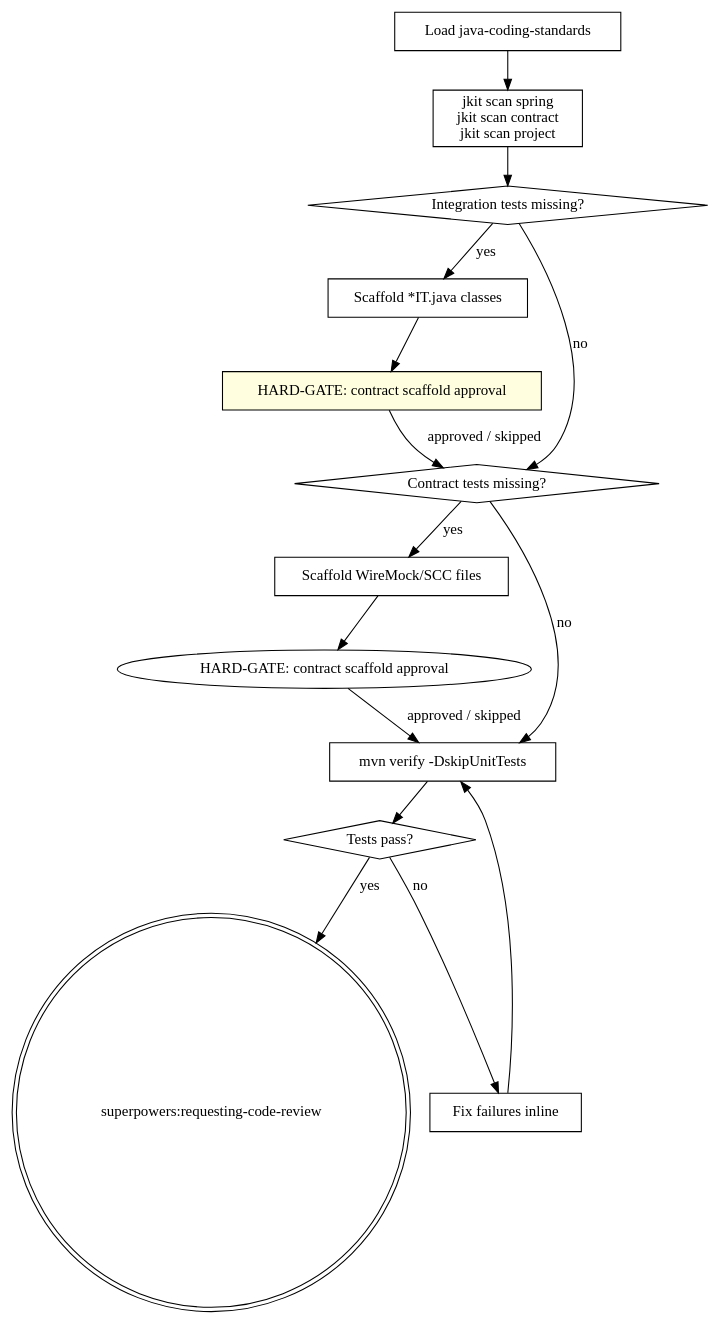
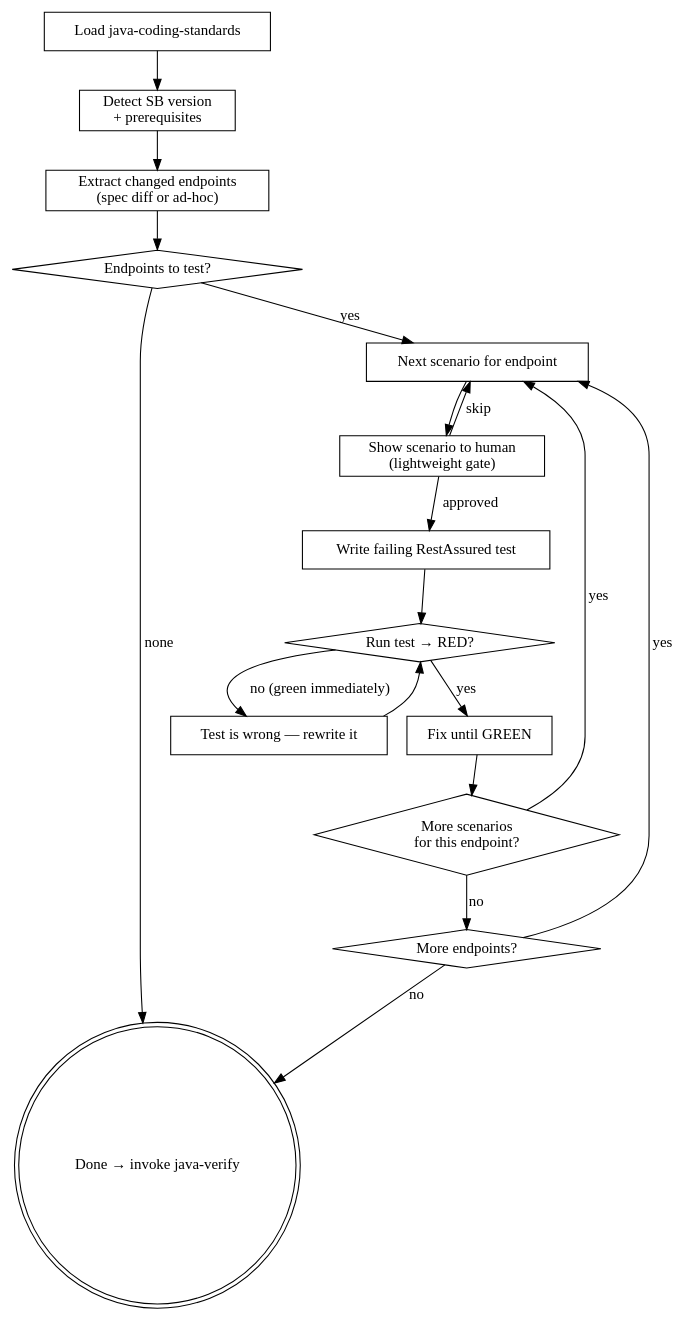
Before and after one commit to honghaowuu/jkit: the first of 2 diagrams in docs/superpowers/specs/2026-04-21-jkit-iter3-quality-layer.md, drawn with Graphviz. The commit also changed other lines of this file and 4 other files, not shown here.

First line of the commit message:
fix(design): redesign quality layer — sql-migration split, JaCoCo integration, api-scenarios TDD

````diff
--- a/docs/superpowers/specs/2026-04-21-jkit-iter3-quality-layer.md
+++ b/docs/superpowers/specs/2026-04-21-jkit-iter3-quality-layer.md
@@ -58,31 +84,35 @@
 ```dot
-digraph java_verify {
+digraph api_scenarios {
     "Load java-coding-standards" [shape=box];
-    "jkit scan spring\njkit scan contract\njkit scan project" [shape=box];
-    "Integration tests missing?" [shape=diamond];
-    "Scaffold *IT.java classes" [shape=box];
-    "HARD-GATE: scaffold approval" [shape=box style=filled fillcolor=lightyellow];
-    "Contract tests missing?" [shape=diamond];
-    "Scaffold WireMock/SCC files" [shape=box];
-    "HARD-GATE: scaffold approval" [shape=box style=filled fillcolor=lightyellow label="HARD-GATE: contract scaffold approval"];
-    "mvn verify -DskipUnitTests" [shape=box];
-    "Tests pass?" [shape=diamond];
-    "Fix failures inline" [shape=box];
-    "superpowers:requesting-code-review" [shape=doublecircle];
+    "Detect SB version\n+ prerequisites" [shape=box];
+    "Extract changed endpoints\n(spec diff or ad-hoc)" [shape=box];
+    "Endpoints to test?" [shape=diamond];
+    "Done → invoke java-verify" [shape=doublecircle];
+    "Next scenario for endpoint" [shape=box];
+    "Show scenario to human\n(lightweight gate)" [shape=box];
+    "Write failing RestAssured test" [shape=box];
+    "Run test → RED?" [shape=diamond];
+    "Test is wrong — rewrite it" [shape=box];
+    "Fix until GREEN" [shape=box];
+    "More scenarios\nfor this endpoint?" [shape=diamond];
+    "More endpoints?" [shape=diamond];
 
-    "Load java-coding-standards" -> "jkit scan spring\njkit scan contract\njkit scan project";
-    "jkit scan spring\njkit scan contract\njkit scan project" -> "Integration tests missing?";
-    "Integration tests missing?" -> "Scaffold *IT.java classes" [label="yes"];
-    "Integration tests missing?" -> "Contract tests missing?" [label="no"];
-    "Scaffold *IT.java classes" -> "HARD-GATE: scaffold approval";
-    "HARD-GATE: scaffold approval" -> "Contract tests missing?" [label="approved / skipped"];
-    "Contract tests missing?" -> "Scaffold WireMock/SCC files" [label="yes"];
-    "Contract tests missing?" -> "mvn verify -DskipUnitTests" [label="no"];
-    "Scaffold WireMock/SCC files" -> "HARD-GATE: contract scaffold approval";
-    "HARD-GATE: contract scaffold approval" -> "mvn verify -DskipUnitTests" [label="approved / skipped"];
-    "mvn verify -DskipUnitTests" -> "Tests pass?";
-    "Tests pass?" -> "superpowers:requesting-code-review" [label="yes"];
-    "Tests pass?" -> "Fix failures inline" [label="no"];
-    "Fix failures inline" -> "mvn verify -DskipUnitTests";
+    "Load java-coding-standards" -> "Detect SB version\n+ prerequisites";
+    "Detect SB version\n+ prerequisites" -> "Extract changed endpoints\n(spec diff or ad-hoc)";
+    "Extract changed endpoints\n(spec diff or ad-hoc)" -> "Endpoints to test?";
+    "Endpoints to test?" -> "Done → invoke java-verify" [label="none"];
+    "Endpoints to test?" -> "Next scenario for endpoint" [label="yes"];
+    "Next scenario for endpoint" -> "Show scenario to human\n(lightweight gate)";
+    "Show scenario to human\n(lightweight gate)" -> "Write failing RestAssured test" [label="approved"];
+    "Show scenario to human\n(lightweight gate)" -> "Next scenario for endpoint" [label="skip"];
+    "Write failing RestAssured test" -> "Run test → RED?";
+    "Run test → RED?" -> "Fix until GREEN" [label="yes"];
+    "Run test → RED?" -> "Test is wrong — rewrite it" [label="no (green immediately)"];
+    "Test is wrong — rewrite it" -> "Run test → RED?";
+    "Fix until GREEN" -> "More scenarios\nfor this endpoint?";
+    "More scenarios\nfor this endpoint?" -> "Next scenario for endpoint" [label="yes"];
+    "More scenarios\nfor this endpoint?" -> "More endpoints?" [label="no"];
+    "More endpoints?" -> "Next scenario for endpoint" [label="yes"];
+    "More endpoints?" -> "Done → invoke java-verify" [label="no"];
 }
 ```
````
